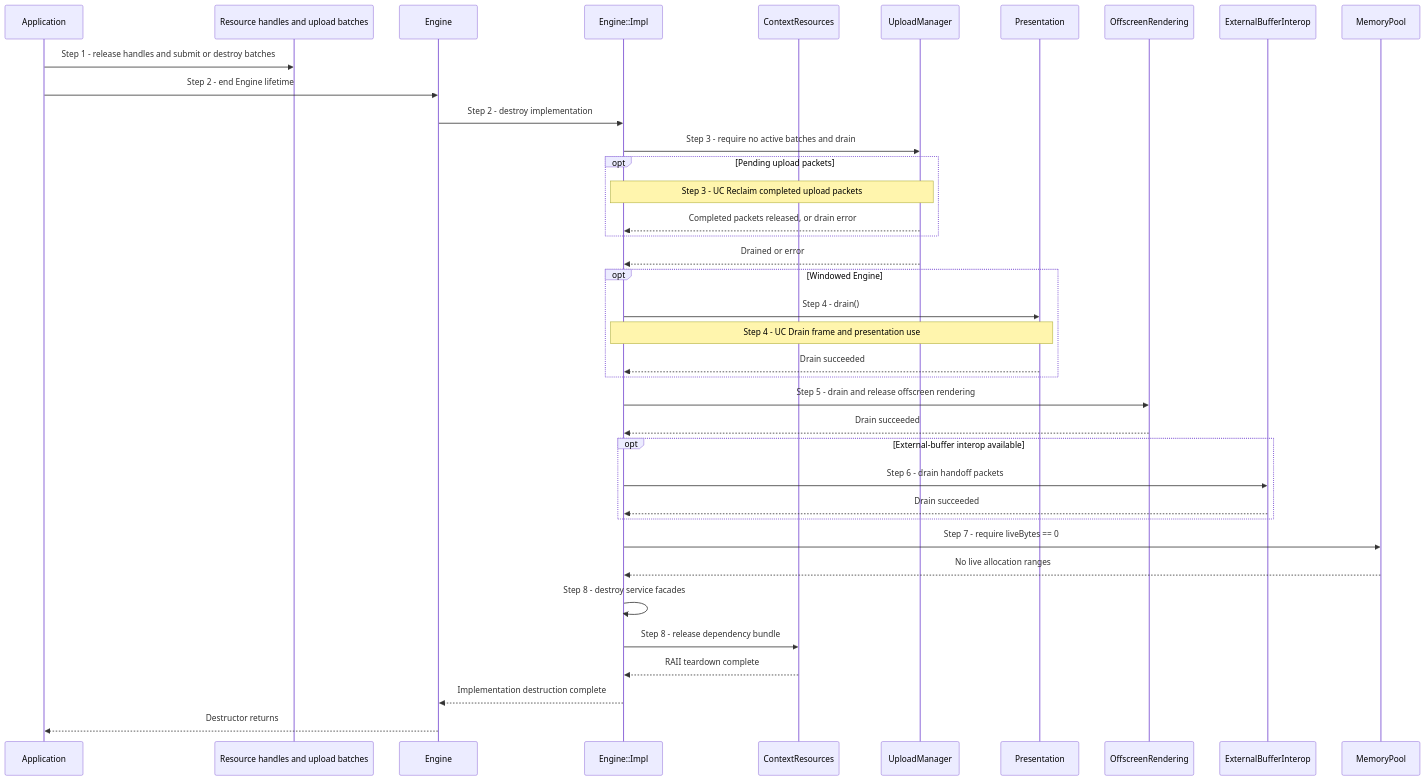
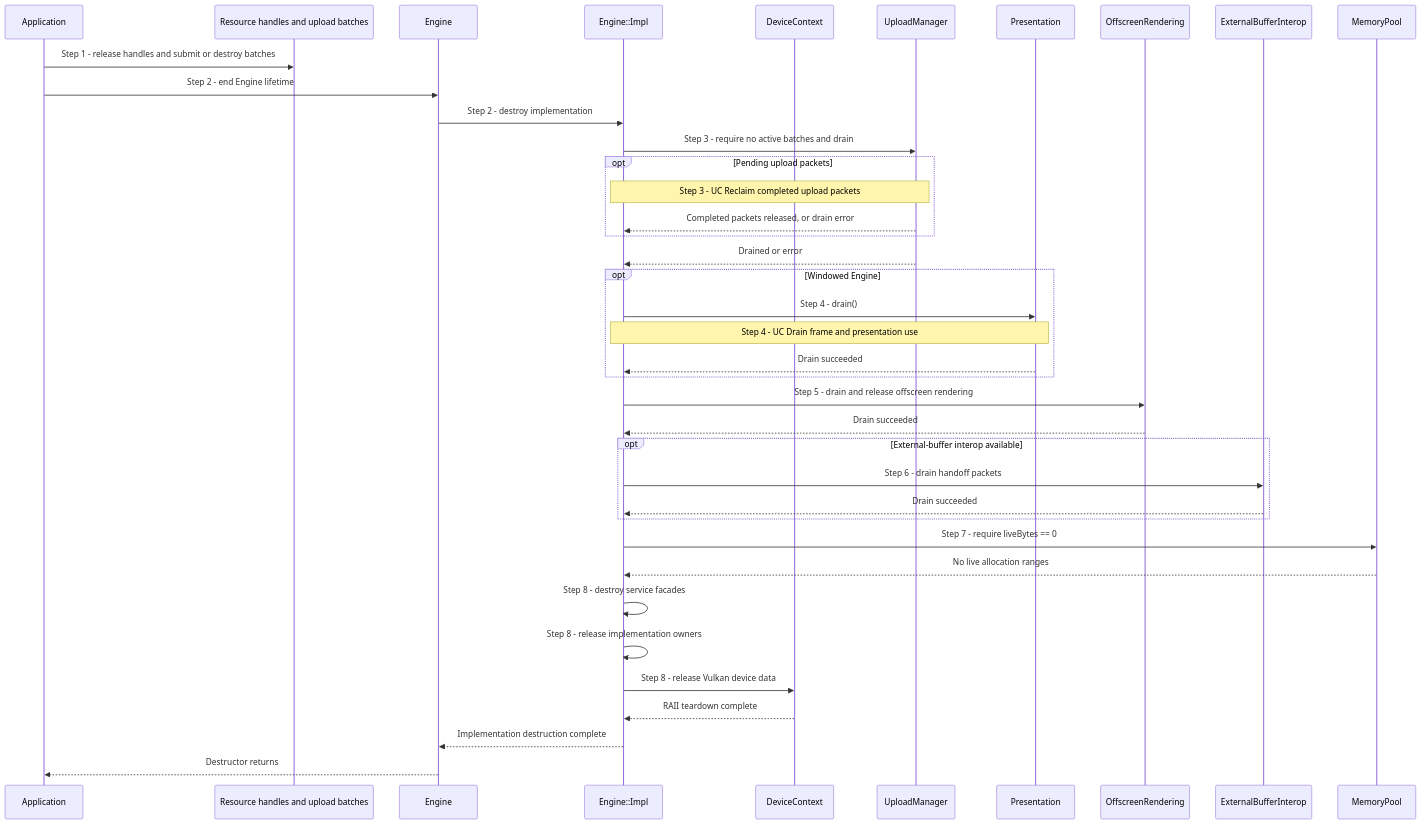
The diagram in docs/use-cases/shutdown-context.md (a-soltysik/Panda), drawn with Mermaid before and after one commit. The commit also changed other lines of this file and 14 other files, not shown here.

Commit message:
Separate Vulkan device data from context service ownership (#126)

````diff
--- a/docs/use-cases/shutdown-context.md
+++ b/docs/use-cases/shutdown-context.md
@@ -58,40 +57,41 @@
 ```mermaid
 sequenceDiagram
     participant A as Application
     participant H as Resource handles and upload batches
     participant C as Engine
     participant I as Engine::Impl
-    participant R as ContextResources
+    participant D as DeviceContext
     participant U as UploadManager
     participant P as Presentation
     participant O as OffscreenRendering
     participant X as ExternalBufferInterop
     participant M as MemoryPool
     A->>H: Step 1 - release handles and submit or destroy batches
     A->>C: Step 2 - end Engine lifetime
     C->>I: Step 2 - destroy implementation
     I->>U: Step 3 - require no active batches and drain
     opt Pending upload packets
         Note over I,U: Step 3 - UC Reclaim completed upload packets
         U-->>I: Completed packets released, or drain error
     end
     U-->>I: Drained or error
     opt Windowed Engine
         I->>P: Step 4 - drain()
         Note over I,P: Step 4 - UC Drain frame and presentation use
         P-->>I: Drain succeeded
     end
     I->>O: Step 5 - drain and release offscreen rendering
     O-->>I: Drain succeeded
     opt External-buffer interop available
         I->>X: Step 6 - drain handoff packets
         X-->>I: Drain succeeded
     end
     I->>M: Step 7 - require liveBytes == 0
     M-->>I: No live allocation ranges
     I->>I: Step 8 - destroy service facades
-    I->>R: Step 8 - release dependency bundle
-    R-->>I: RAII teardown complete
+    I->>I: Step 8 - release implementation owners
+    I->>D: Step 8 - release Vulkan device data
+    D-->>I: RAII teardown complete
     I-->>C: Implementation destruction complete
     C-->>A: Destructor returns
 ```
````
